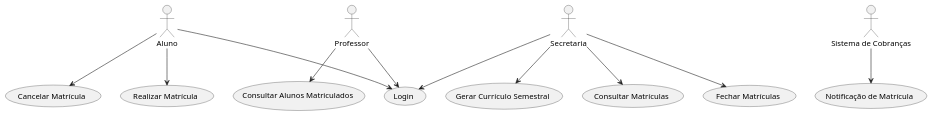
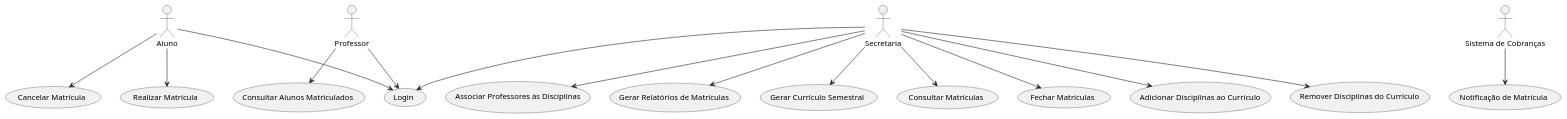
Before and after one commit to diascw/sistema-de-matricula: the diagram in project/diagramas/diagrama-caso-uso-01.puml, drawn with PlantUML.

```diff
--- a/project/diagramas/diagrama-caso-uso-01.puml
+++ b/project/diagramas/diagrama-caso-uso-01.puml
@@ -1,18 +1,22 @@
 actor "Aluno" as Aluno
 actor "Professor" as Professor
 actor "Secretaria" as Secretaria
 actor "Sistema de Cobranças" as Cobranças
 
 Aluno --> (Realizar Matrícula)
 Aluno --> (Cancelar Matrícula)
 Aluno --> (Login)
 
 Professor --> (Consultar Alunos Matriculados) 
 Professor --> (Login)
 
 Secretaria --> (Gerar Currículo Semestral)
 Secretaria --> (Consultar Matrículas)
 Secretaria --> (Fechar Matrículas)
+Secretaria --> (Adicionar Disciplinas ao Currículo)
+Secretaria --> (Remover Disciplinas do Currículo)
+Secretaria --> (Associar Professores às Disciplinas)
+Secretaria --> (Gerar Relatórios de Matrículas)
 Secretaria --> (Login)
 
 Cobranças --> (Notificação de Matrícula)
```
